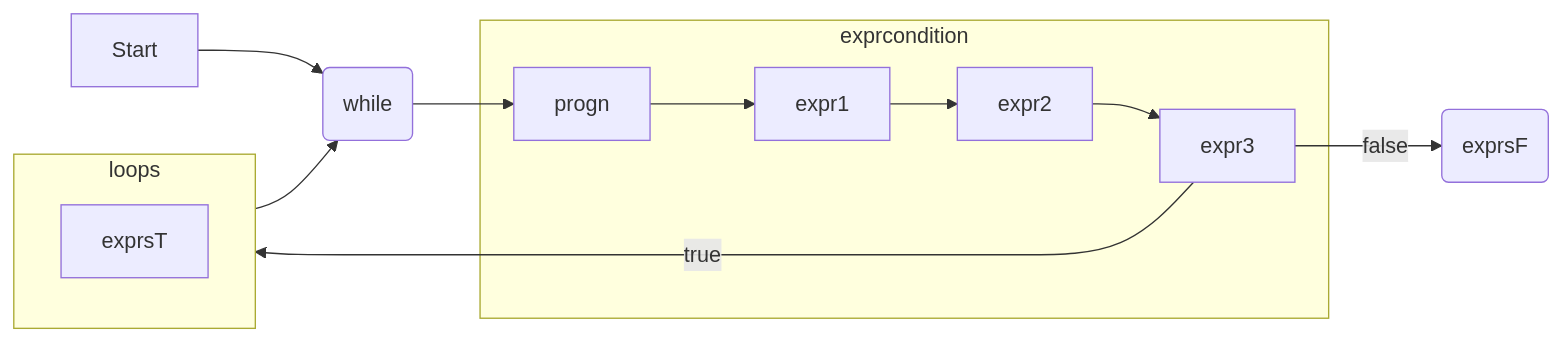
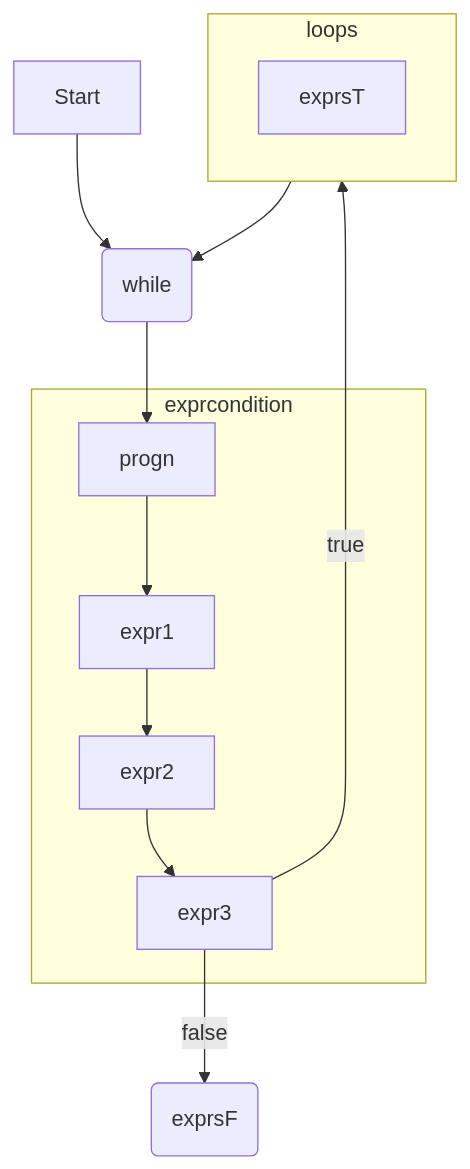
Before and after one commit to atlisp-org/atlisp-docs: the fourth of 4 diagrams in Lisp进阶/lisp.org, drawn with Mermaid.

Commit message:
progn while

```diff
--- a/Lisp进阶/lisp.org
+++ b/Lisp进阶/lisp.org
@@ -119,14 +119,14 @@
  #+begin_src mermaid
 
-   flowchart LR
+   flowchart TD
       Start --> A(while)   
       A --> progn   
       subgraph exprcondition
           progn -->  expr1 --> expr2 --> expr3
       end
       subgraph loops
           exprsT
       end       
       expr3 -->|true| loops --> A
       expr3 -->|false| Z(exprsF)  
  #+end_src
```
